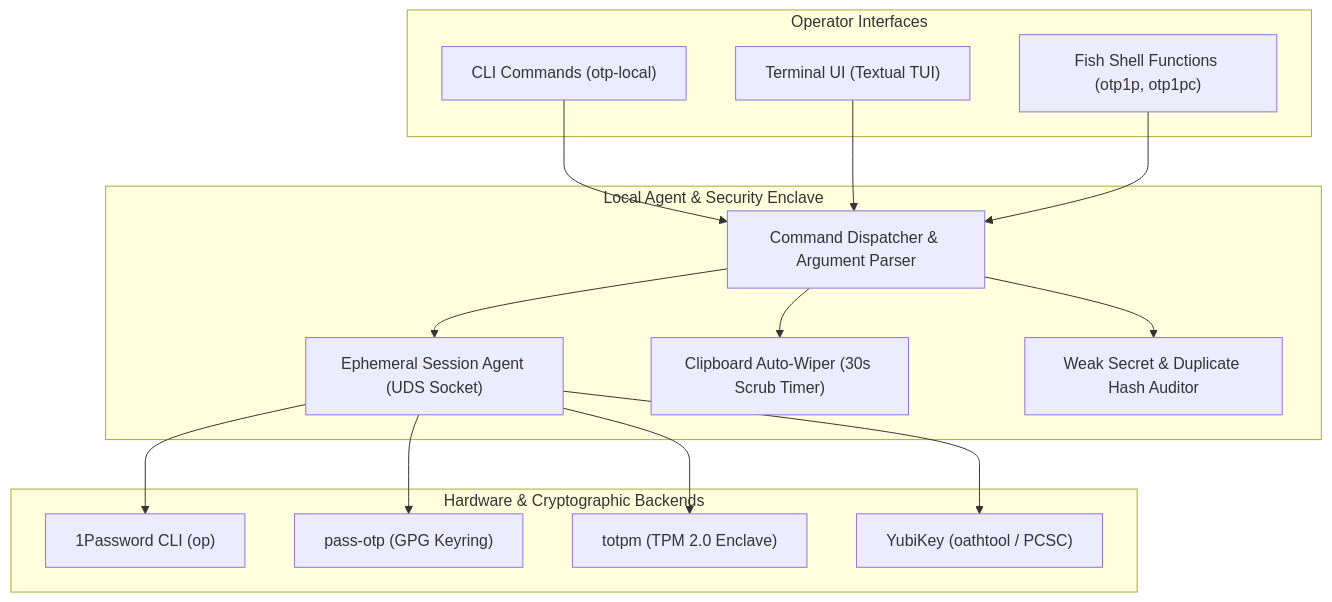
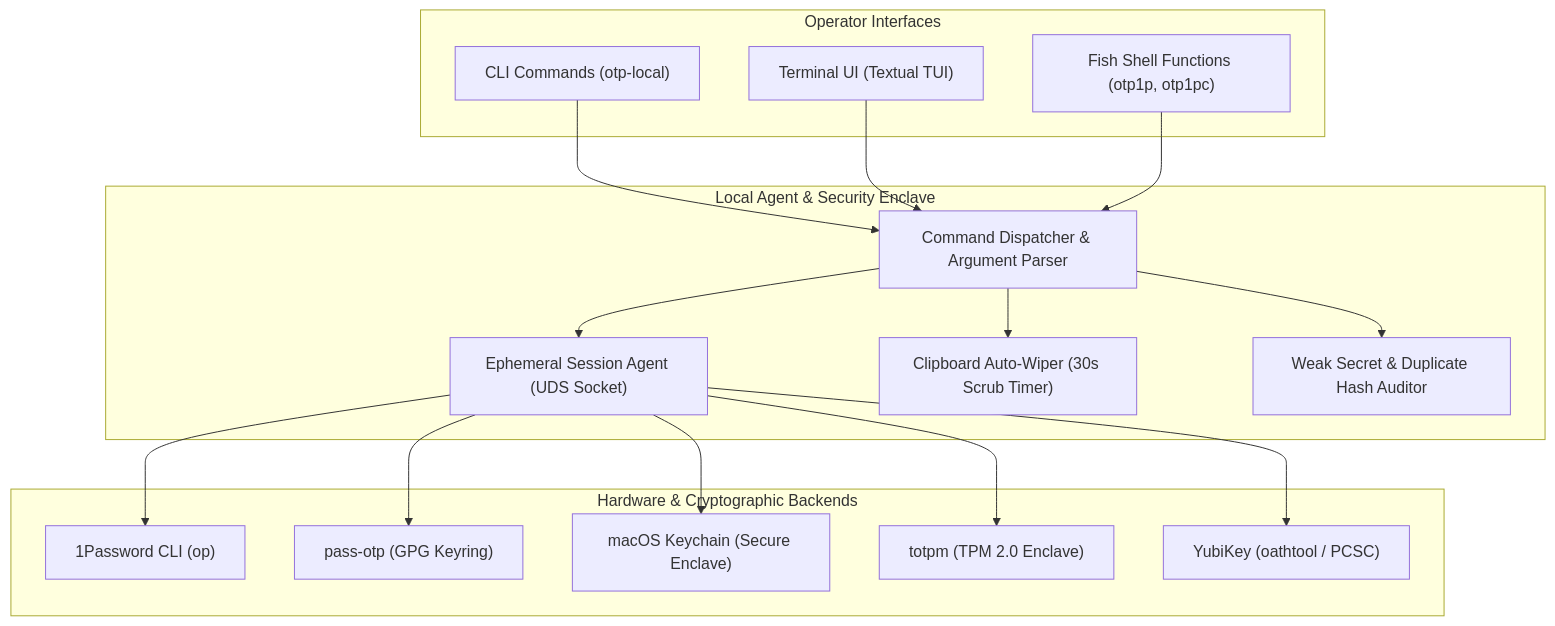
Before and after one commit to doublegate/OTP-Local_CLI: the first of 2 diagrams in README.md, drawn with Mermaid. The commit also changed other lines of this file and 8 other files, not shown here.

First line of the commit message:
feat(macos): add Apple Secure Enclave and Keychain backend with Homebrew auto-remediation

````diff
--- a/README.md
+++ b/README.md
@@ -30,35 +30,37 @@
 ```mermaid
 flowchart TD
     subgraph UI ["Operator Interfaces"]
         CLI["CLI Commands (otp-local)"]
         TUI["Terminal UI (Textual TUI)"]
         FISH["Fish Shell Functions (otp1p, otp1pc)"]
     end
 
     subgraph Core ["Local Agent & Security Enclave"]
         DISPATCH["Command Dispatcher & Argument Parser"]
         AGENT["Ephemeral Session Agent (UDS Socket)"]
         SCRUBBER["Clipboard Auto-Wiper (30s Scrub Timer)"]
         AUDITOR["Weak Secret & Duplicate Hash Auditor"]
     end
 
     subgraph Backends ["Hardware & Cryptographic Backends"]
         OP["1Password CLI (op)"]
         PASS["pass-otp (GPG Keyring)"]
+        KEYCHAIN["macOS Keychain (Secure Enclave)"]
         TPM["totpm (TPM 2.0 Enclave)"]
         YUBI["YubiKey (oathtool / PCSC)"]
     end
 
     CLI --> DISPATCH
     TUI --> DISPATCH
     FISH --> DISPATCH
 
     DISPATCH --> AGENT
     AGENT --> OP
     AGENT --> PASS
+    AGENT --> KEYCHAIN
     AGENT --> TPM
     AGENT --> YUBI
 
     DISPATCH --> SCRUBBER
     DISPATCH --> AUDITOR
 ```
````
